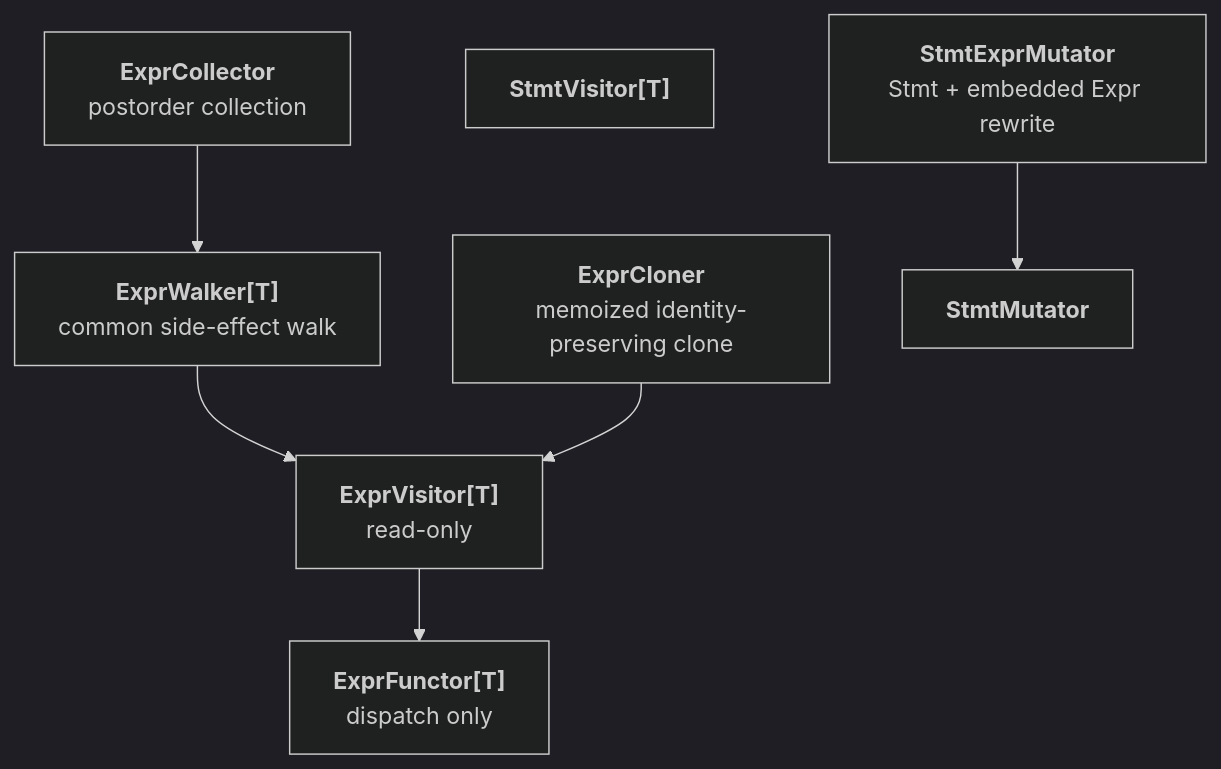
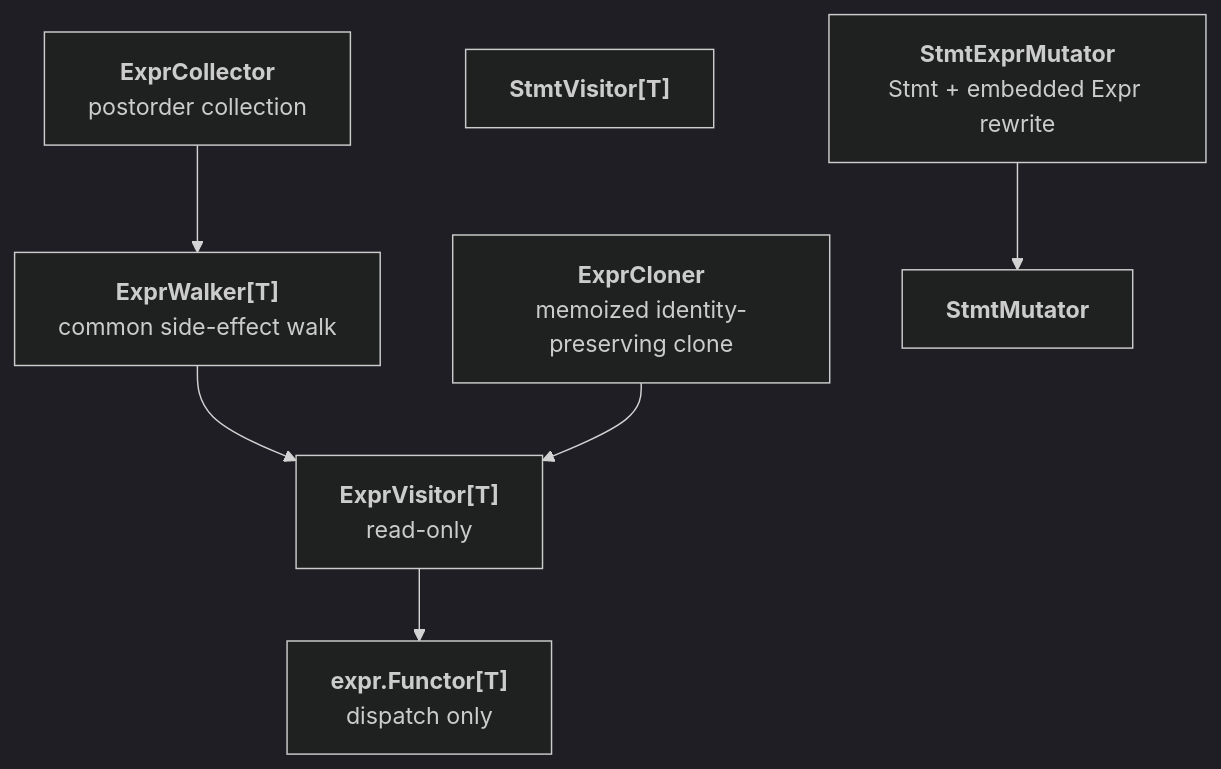
One commit to tile-ai/TileFoundry changed the diagram in docs/spec/visitor-mutator.md. Above: the diagram before and after it, drawn with Mermaid (dark theme). The commit also changed other lines of this file and 1519 other files, not shown here.

````diff
--- a/docs/spec/visitor-mutator.md
+++ b/docs/spec/visitor-mutator.md
@@ -9,17 +11,17 @@
 ```mermaid
 flowchart TB
-    ExprFunctor["<b>ExprFunctor[T]</b><br/>dispatch only"]
+    ExprFunctor["<b>expr.Functor[T]</b><br/>dispatch only"]
     ExprVisitor["<b>ExprVisitor[T]</b><br/>read-only"]
     ExprWalker["<b>ExprWalker[T]</b><br/>common side-effect walk"]
     ExprCloner["<b>ExprCloner</b><br/>memoized identity-preserving clone"]
     ExprCollector["<b>ExprCollector</b><br/>postorder collection"]
     StmtVisitor["<b>StmtVisitor[T]</b>"]
     StmtMutator["<b>StmtMutator</b>"]
     StmtExprMutator["<b>StmtExprMutator</b><br/>Stmt + embedded Expr rewrite"]
 
     ExprVisitor --> ExprFunctor
     ExprWalker --> ExprVisitor
     ExprCloner --> ExprVisitor
     ExprCollector --> ExprWalker
     StmtExprMutator --> StmtMutator
 ```
````
